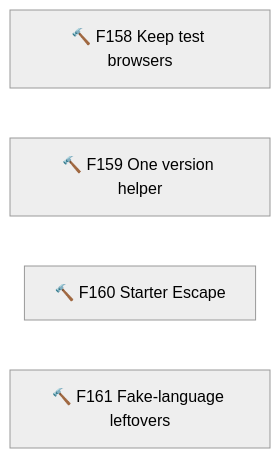
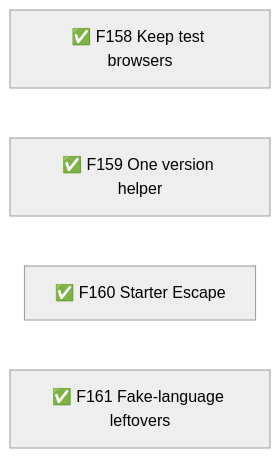
Diagram 28 of 28 in .planning/ROADMAP.md (TheBlueMuzzy/framework), drawn with Mermaid (neutral theme) before and after one commit. The commit also changed other lines of this file and 4 other files, not shown here.

````diff
--- a/.planning/ROADMAP.md
+++ b/.planning/ROADMAP.md
@@ -448,7 +448,7 @@
 ```mermaid
 flowchart LR
-  F158[🔨 F158 Keep test browsers]
-  F159[🔨 F159 One version helper]
-  F160[🔨 F160 Starter Escape]
-  F161[🔨 F161 Fake-language leftovers]
+  F158[✅ F158 Keep test browsers]
+  F159[✅ F159 One version helper]
+  F160[✅ F160 Starter Escape]
+  F161[✅ F161 Fake-language leftovers]
 ```
````
